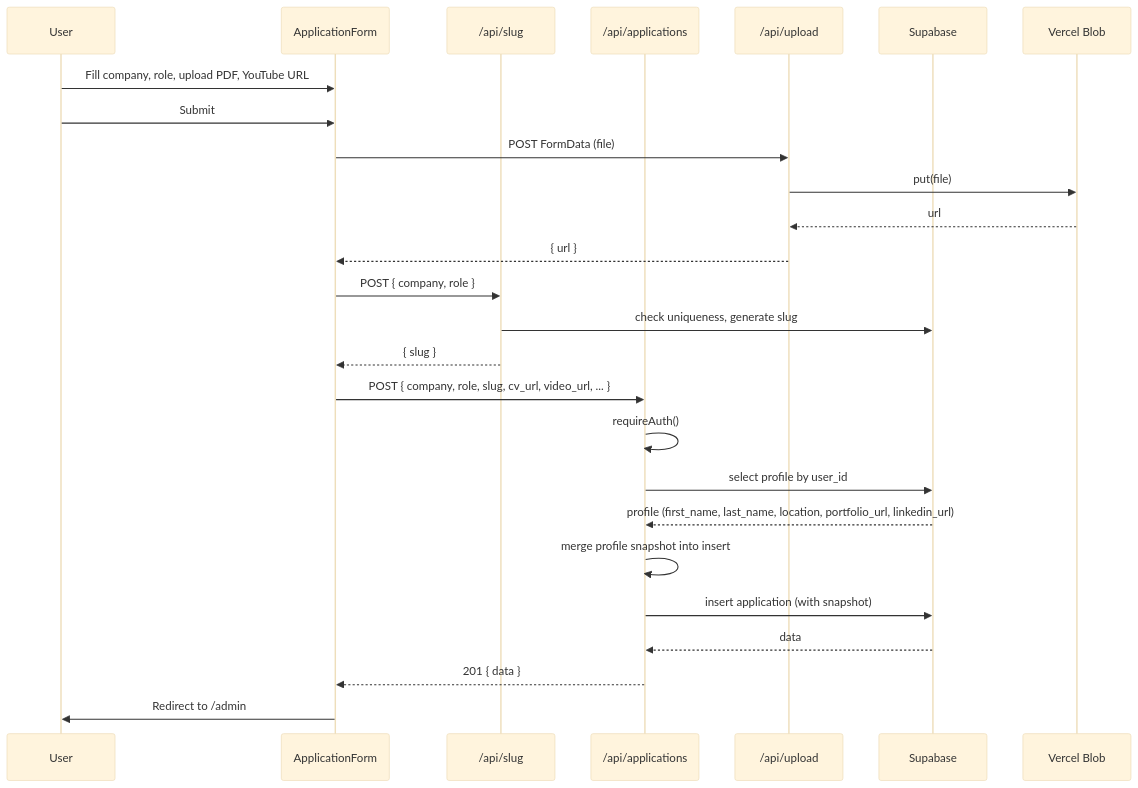
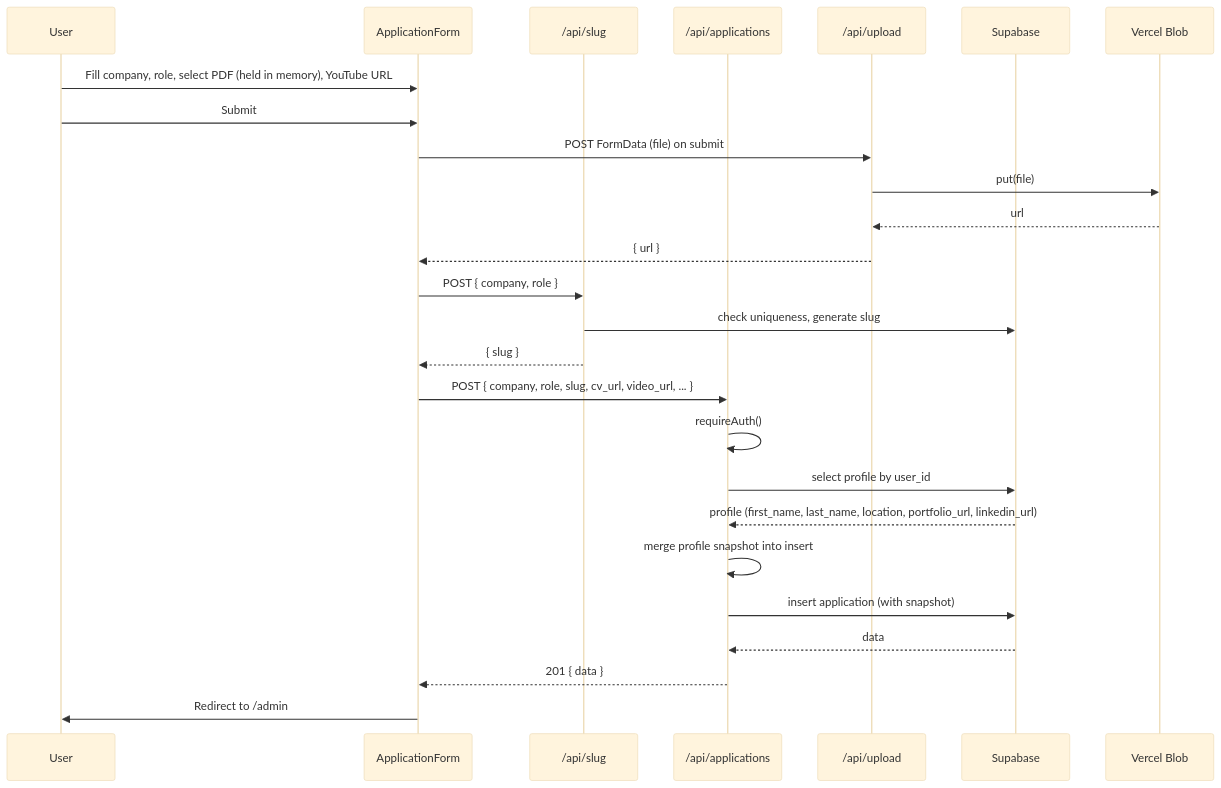
One commit to joan-gerard/my-hire-view changed the fourth of 5 diagrams in docs/ARCHITECTURE.md. Above: the diagram before and after it, drawn with Mermaid (base theme). The commit also changed other lines of this file and 8 other files, not shown here.

Commit message:
eat(cv): upload PDF on save, delete blob on delete/replace, optional modal cv preview

````diff
--- a/docs/ARCHITECTURE.md
+++ b/docs/ARCHITECTURE.md
@@ -265,29 +265,29 @@
 ```mermaid
 sequenceDiagram
   participant U as User
   participant Form as ApplicationForm
   participant SlugAPI as /api/slug
   participant AppsAPI as /api/applications
   participant UploadAPI as /api/upload
   participant Supa as Supabase
   participant Blob as Vercel Blob
 
-  U->>Form: Fill company, role, upload PDF, YouTube URL
+  U->>Form: Fill company, role, select PDF (held in memory), YouTube URL
   U->>Form: Submit
-  Form->>UploadAPI: POST FormData (file)
+  Form->>UploadAPI: POST FormData (file) on submit
   UploadAPI->>Blob: put(file)
   Blob-->>UploadAPI: url
   UploadAPI-->>Form: { url }
   Form->>SlugAPI: POST { company, role }
   SlugAPI->>Supa: check uniqueness, generate slug
   SlugAPI-->>Form: { slug }
   Form->>AppsAPI: POST { company, role, slug, cv_url, video_url, ... }
   AppsAPI->>AppsAPI: requireAuth()
   AppsAPI->>Supa: select profile by user_id
   Supa-->>AppsAPI: profile (first_name, last_name, location, portfolio_url, linkedin_url)
   AppsAPI->>AppsAPI: merge profile snapshot into insert
   AppsAPI->>Supa: insert application (with snapshot)
   Supa-->>AppsAPI: data
   AppsAPI-->>Form: 201 { data }
   Form->>U: Redirect to /admin
 ```
````
